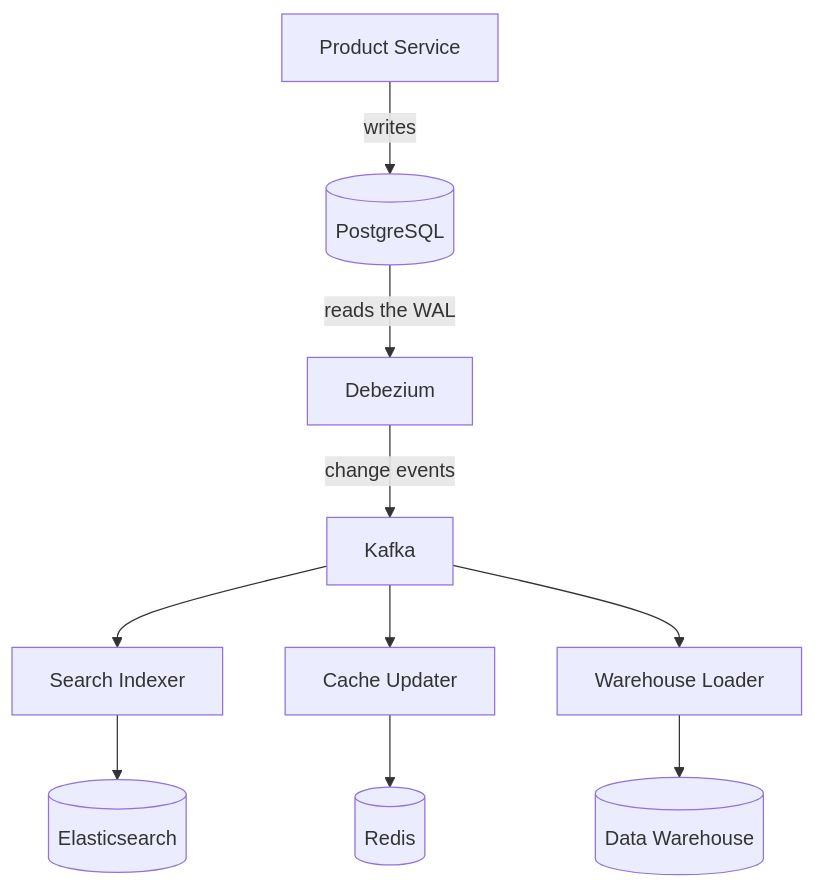
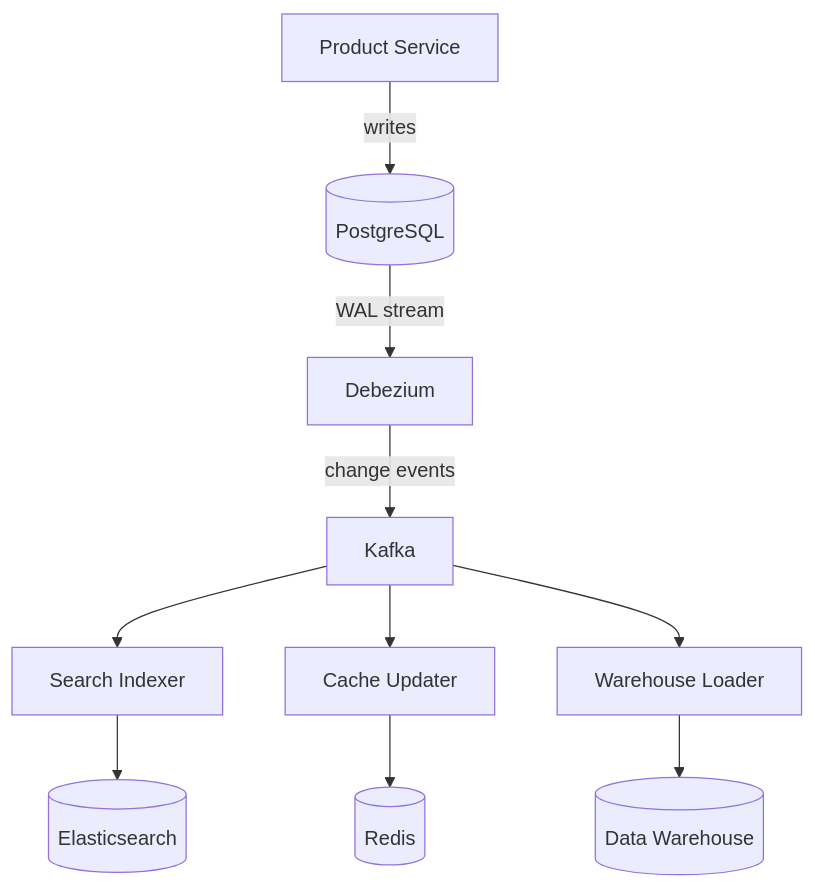
One commit to iamrs77/interview-ready changed the diagram in content/system-design/distributed-systems/change-data-capture.mdx. Above: the diagram before and after it, drawn with Mermaid. The commit also changed 132 other files, not shown here.

````diff
--- a/content/system-design/distributed-systems/change-data-capture.mdx
+++ b/content/system-design/distributed-systems/change-data-capture.mdx
@@ -64,12 +64,12 @@
 ```mermaid
 flowchart TB
   App["Product Service"]:::service -->|"writes"| DB[("PostgreSQL")]:::db
-  DB -->|"reads the WAL"| CDC["Debezium"]:::service
+  DB -->|"WAL stream"| CDC["Debezium"]:::service
   CDC -->|"change events"| K["Kafka"]:::queue
   K --> Idx["Search Indexer"]:::service
   K --> Inv["Cache Updater"]:::service
   K --> Load["Warehouse Loader"]:::service
   Idx --> ES[("Elasticsearch")]:::db
   Inv --> R[("Redis")]:::cache
   Load --> DW[("Data Warehouse")]:::db
 ```
````
